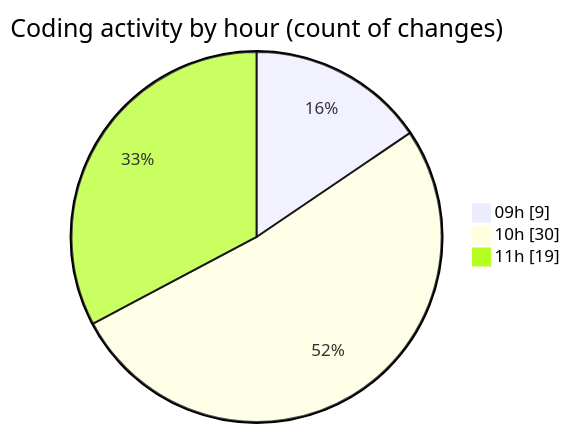
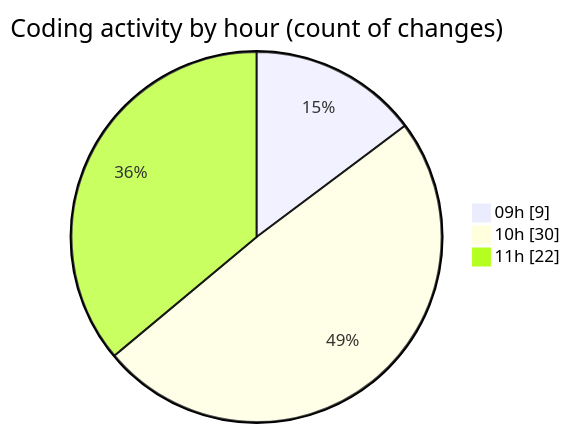
Before and after one commit to momahboobian/code-tracking: the second of 2 diagrams in 2025-02-04/cda/README.md, drawn with Mermaid. The commit also changed other lines of this file and 1 other file, not shown here.

````diff
--- a/2025-02-04/cda/README.md
+++ b/2025-02-04/cda/README.md
@@ -30,7 +30,7 @@
 ```mermaid
 pie showData
 title Coding activity by hour (count of changes)
 "09h" : 9
 "10h" : 30
-"11h" : 19
+"11h" : 22
 ```
````
